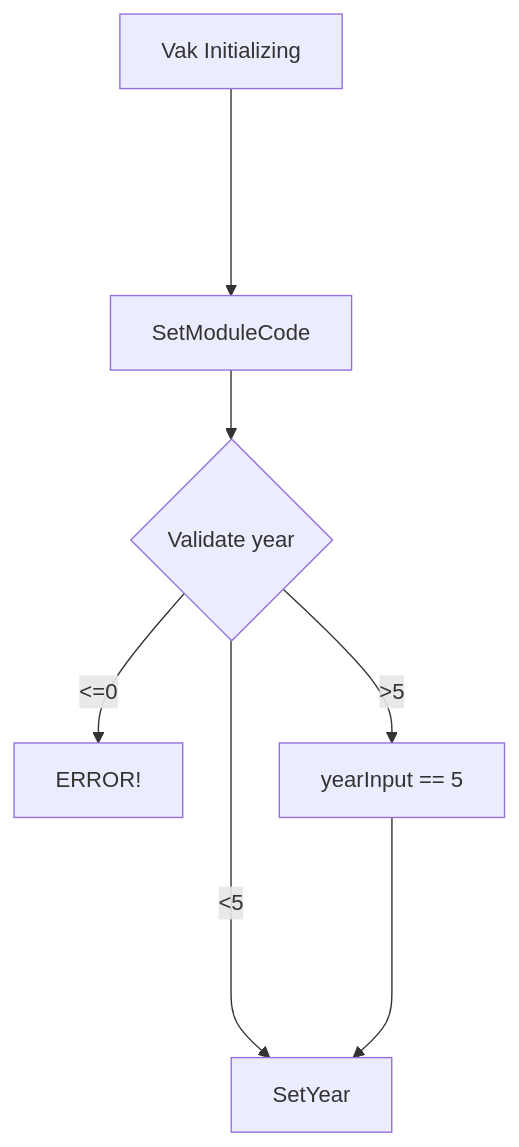
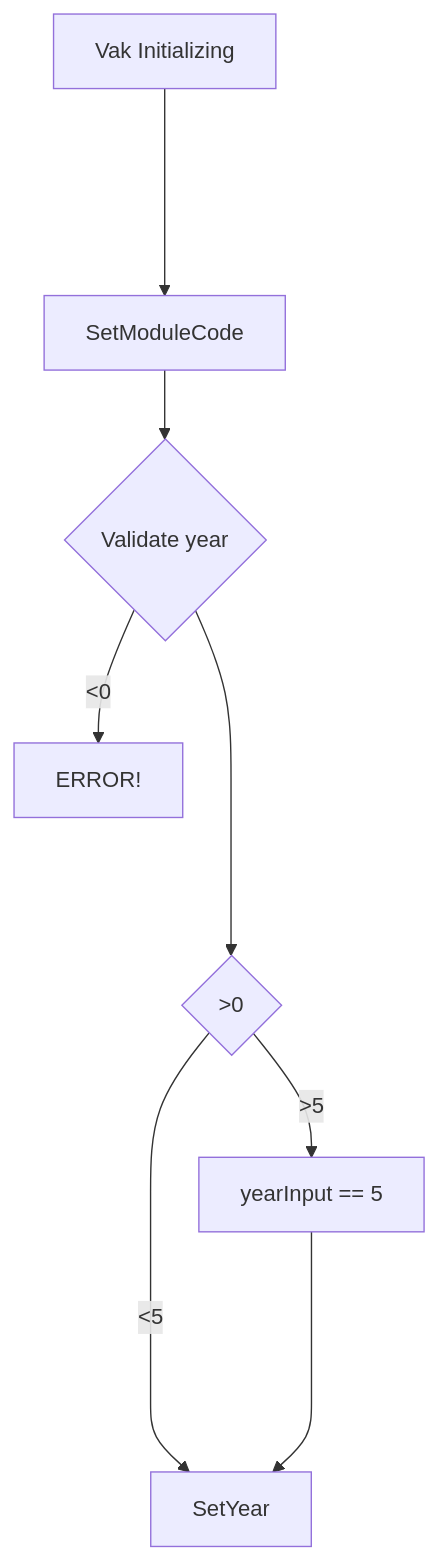
One commit to RockFreakRickerd/SameCodeDifferentLanguagues changed the diagram in SchoolSystem/README.md. Above: the diagram before and after it, drawn with Mermaid.

````diff
--- a/SchoolSystem/README.md
+++ b/SchoolSystem/README.md
@@ -9,8 +9,9 @@
 ```mermaid
 flowchart TD
   A[Vak Initializing] ----> B[SetModuleCode] --> C{Validate year};
-  C -- <=0 --> D[ERROR!];
-  C -- >5 --> E[yearInput == 5];
-  C -- <5 --> F[SetYear]
-  E ----> F[SetYear]
+  C -- <0 --> D[ERROR!];
+  C ----> E{>0}
+  E -- >5 --> F[yearInput == 5];
+  E -- <5 --> G[SetYear]
+  F ----> G[SetYear]
 ```
````
